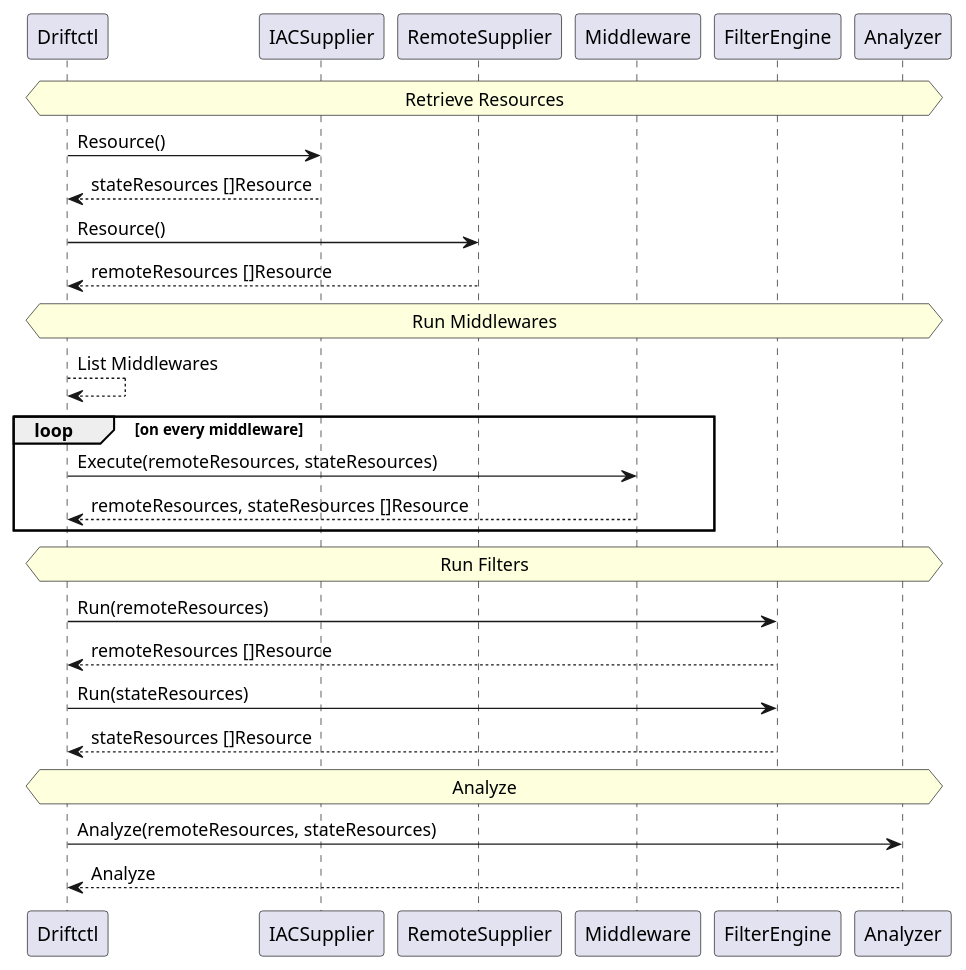
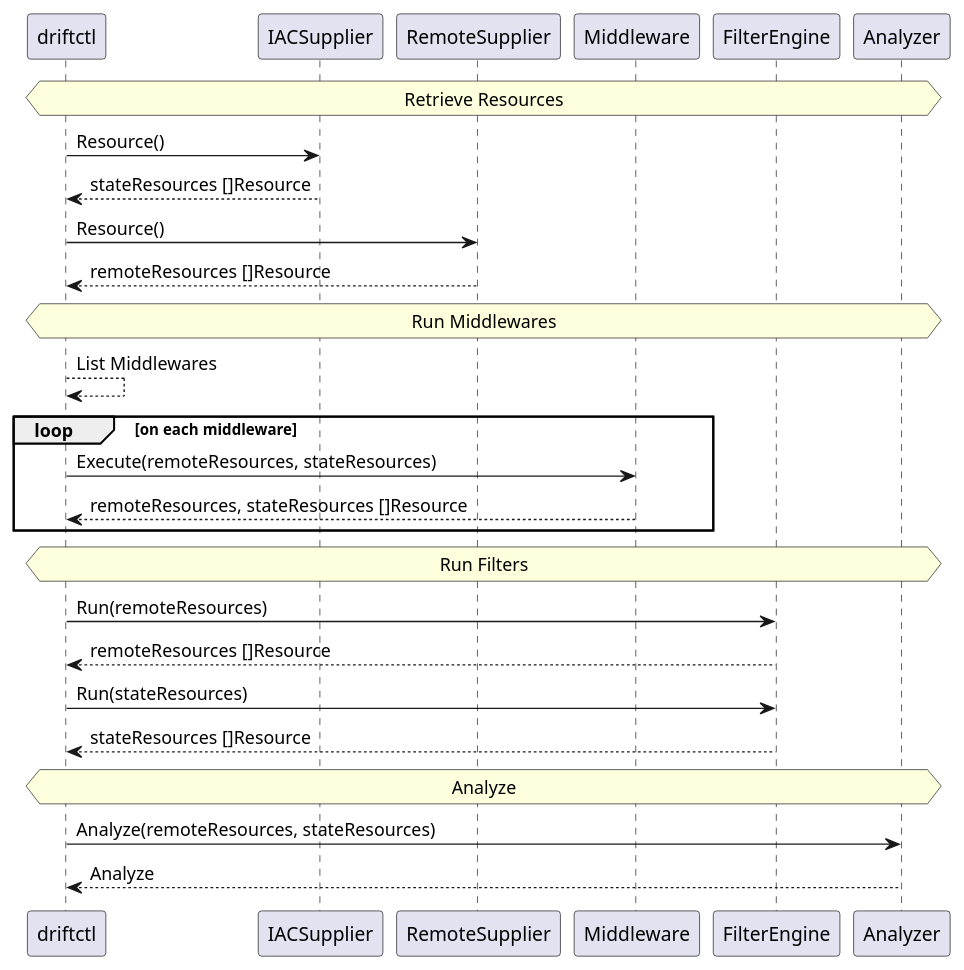
One commit to snyk/driftctl changed the diagram in docs/media/generalflow.puml. Above: the diagram before and after it, drawn with PlantUML. The commit also changed 7 other files, not shown here.

```diff
--- a/docs/media/generalflow.puml
+++ b/docs/media/generalflow.puml
@@ -1,26 +1,26 @@
 @startuml
 hnote across: Retrieve Resources
-Driftctl -> IACSupplier: Resource()
-IACSupplier --> Driftctl: stateResources []Resource
-Driftctl -> RemoteSupplier: Resource()
-RemoteSupplier --> Driftctl: remoteResources []Resource
+driftctl -> IACSupplier: Resource()
+IACSupplier --> driftctl: stateResources []Resource
+driftctl -> RemoteSupplier: Resource()
+RemoteSupplier --> driftctl: remoteResources []Resource
 
 hnote across: Run Middlewares
-Driftctl --> Driftctl: List Middlewares
-loop on every middleware
-Driftctl -> Middleware: Execute(remoteResources, stateResources)
-Middleware --> Driftctl: remoteResources, stateResources []Resource
+driftctl --> driftctl: List Middlewares
+loop on each middleware
+driftctl -> Middleware: Execute(remoteResources, stateResources)
+Middleware --> driftctl: remoteResources, stateResources []Resource
 end
 
 hnote across: Run Filters
-Driftctl -> FilterEngine: Run(remoteResources)
-FilterEngine --> Driftctl: remoteResources []Resource
-Driftctl -> FilterEngine: Run(stateResources)
-FilterEngine --> Driftctl: stateResources []Resource
+driftctl -> FilterEngine: Run(remoteResources)
+FilterEngine --> driftctl: remoteResources []Resource
+driftctl -> FilterEngine: Run(stateResources)
+FilterEngine --> driftctl: stateResources []Resource
 
 hnote across: Analyze
-Driftctl -> Analyzer: Analyze(remoteResources, stateResources)
-Analyzer --> Driftctl: Analyze
+driftctl -> Analyzer: Analyze(remoteResources, stateResources)
+Analyzer --> driftctl: Analyze
 
 
 @enduml
```
